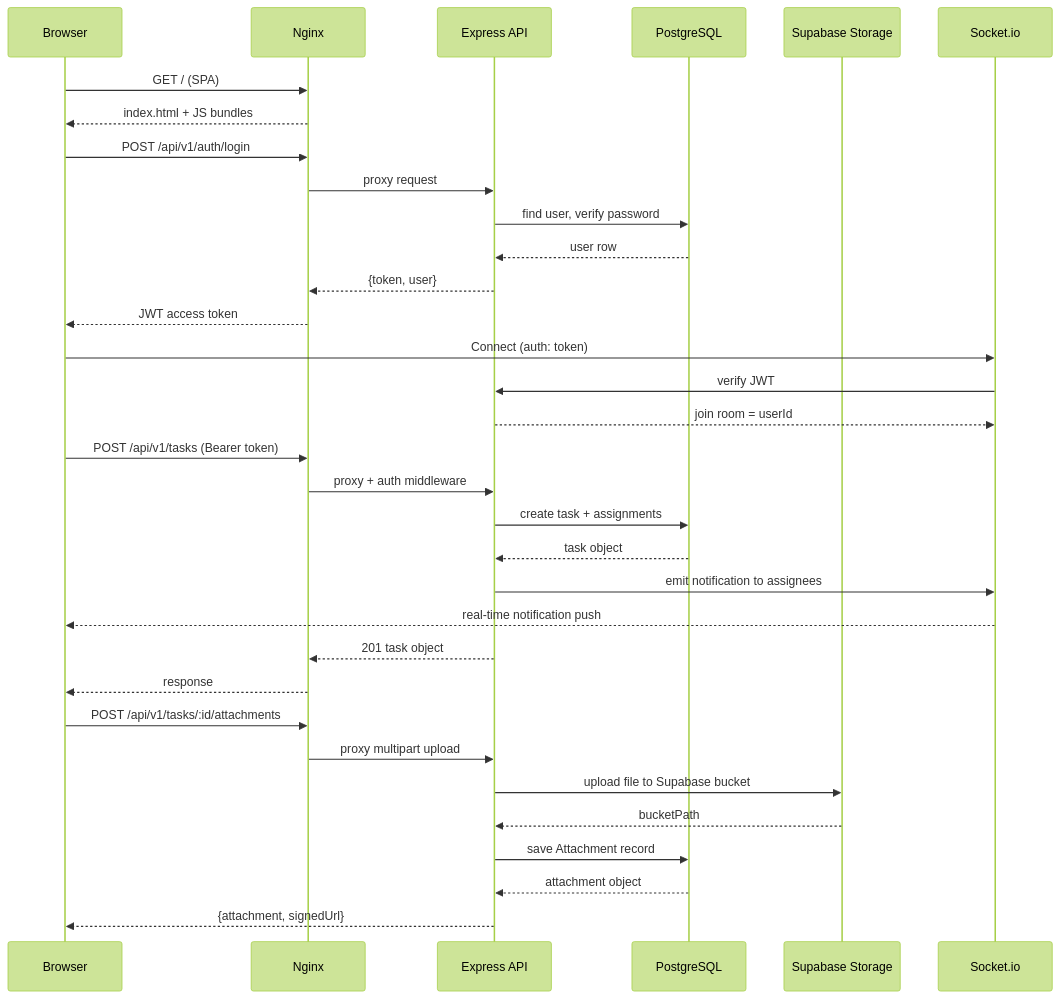
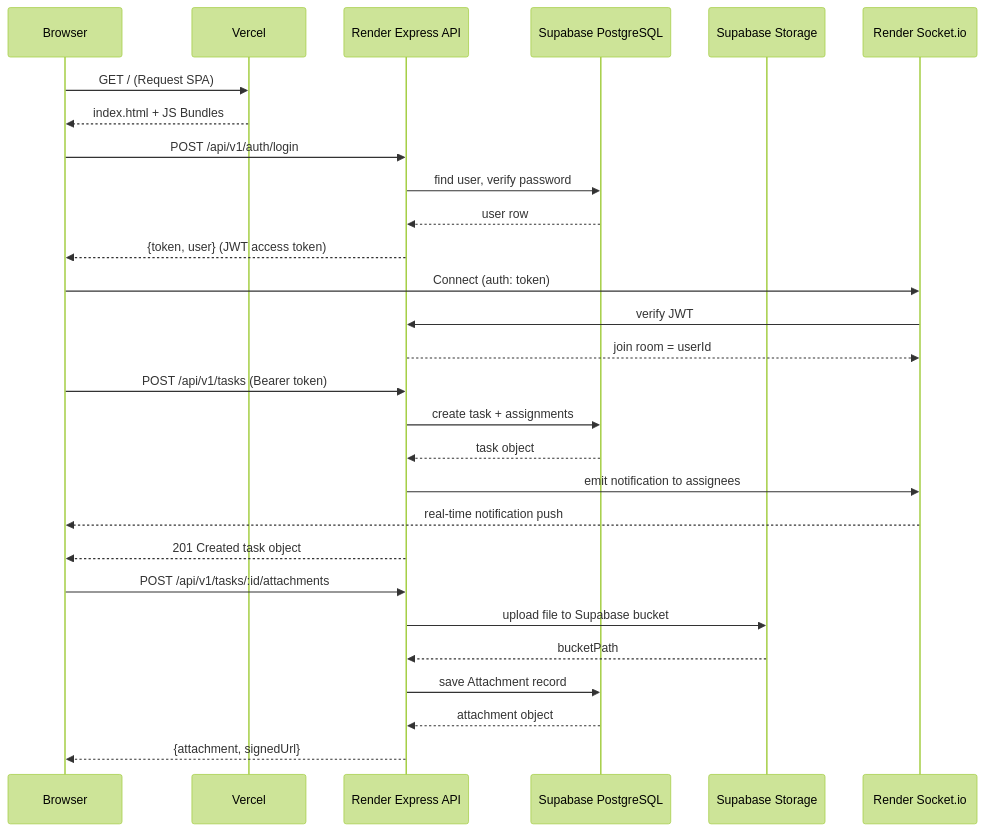
One commit to Dayaleeswaran/TaskManagement changed the seventh of 8 diagrams in docs/system_documentation.md. Above: the diagram before and after it, drawn with Mermaid (forest theme). The commit also changed other lines of this file, not shown here.

Commit message:
docs: update production URLs to Vercel/Render hosting and enrich ER diagram relationships

````diff
--- a/docs/system_documentation.md
+++ b/docs/system_documentation.md
@@ -891,40 +910,35 @@
 ```mermaid
 sequenceDiagram
     participant B as Browser
-    participant N as Nginx
-    participant API as Express API
-    participant DB as PostgreSQL
+    participant V as Vercel
+    participant API as Render Express API
+    participant DB as Supabase PostgreSQL
     participant S3 as Supabase Storage
-    participant WS as Socket.io
+    participant WS as Render Socket.io
 
-    B->>N: GET / (SPA)
-    N-->>B: index.html + JS bundles
+    B->>V: GET / (Request SPA)
+    V-->>B: index.html + JS Bundles
 
-    B->>N: POST /api/v1/auth/login
-    N->>API: proxy request
+    B->>API: POST /api/v1/auth/login
     API->>DB: find user, verify password
     DB-->>API: user row
-    API-->>N: {token, user}
-    N-->>B: JWT access token
+    API-->>B: {token, user} (JWT access token)
 
     B->>WS: Connect (auth: token)
     WS->>API: verify JWT
     API-->>WS: join room = userId
 
-    B->>N: POST /api/v1/tasks (Bearer token)
-    N->>API: proxy + auth middleware
+    B->>API: POST /api/v1/tasks (Bearer token)
     API->>DB: create task + assignments
     DB-->>API: task object
     API->>WS: emit notification to assignees
     WS-->>B: real-time notification push
-    API-->>N: 201 task object
-    N-->>B: response
+    API-->>B: 201 Created task object
 
-    B->>N: POST /api/v1/tasks/:id/attachments
-    N->>API: proxy multipart upload
+    B->>API: POST /api/v1/tasks/:id/attachments
     API->>S3: upload file to Supabase bucket
     S3-->>API: bucketPath
     API->>DB: save Attachment record
     DB-->>API: attachment object
     API-->>B: {attachment, signedUrl}
 ```
````
